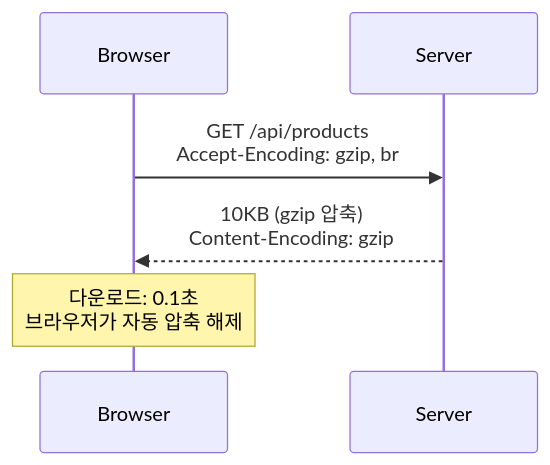
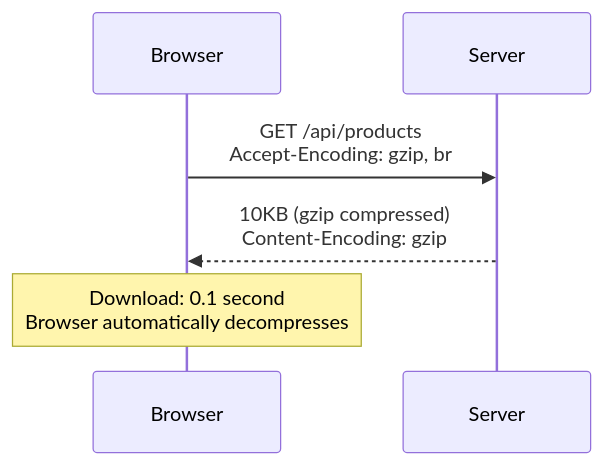
Before and after one commit to cartanova-ai/sonamu: the second of 2 diagrams in modules/docs/en/advanced-features/compress/compress-configuration.mdx, drawn with Mermaid. The commit also changed other lines of this file and 86 other files, not shown here.

````diff
--- a/modules/docs/en/advanced-features/compress/compress-configuration.mdx
+++ b/modules/docs/en/advanced-features/compress/compress-configuration.mdx
@@ -26,9 +26,9 @@
 ```mermaid
 sequenceDiagram
     participant Browser
     participant Server
 
     Browser->>Server: GET /api/products<br/>Accept-Encoding: gzip, br
-    Server-->>Browser: 10KB (gzip 압축)<br/>Content-Encoding: gzip
-    Note over Browser: 다운로드: 0.1초<br/>브라우저가 자동 압축 해제
+    Server-->>Browser: 10KB (gzip compressed)<br/>Content-Encoding: gzip
+    Note over Browser: Download: 0.1 second<br/>Browser automatically decompresses
 ```
````
